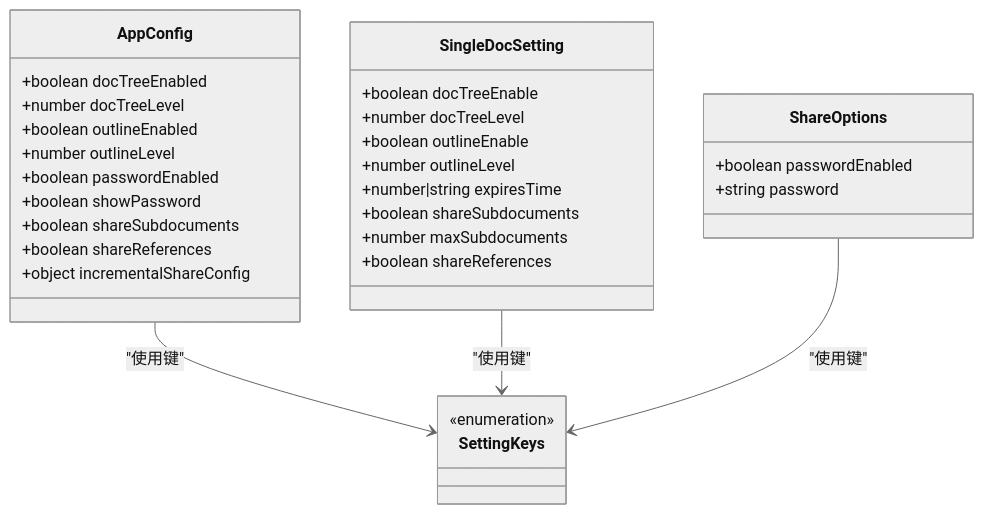
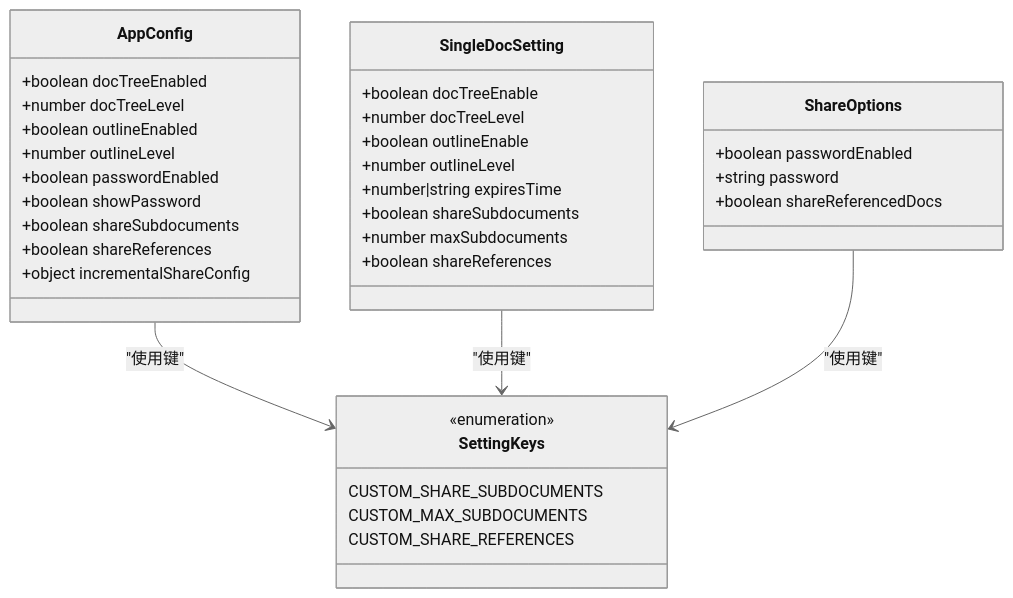
Before and after one commit to terwerinc/siyuan-plugin-share-pro: the seventh of 8 diagrams in .qoder/repowiki/zh/content/开放规范/开放规范.md, drawn with Mermaid (neutral theme). The commit also changed other lines of this file and 6 other files, not shown here.

````diff
--- a/.qoder/repowiki/zh/content/开放规范/开放规范.md
+++ b/.qoder/repowiki/zh/content/开放规范/开放规范.md
@@ -319,34 +347,38 @@
 ```mermaid
 classDiagram
 class AppConfig {
 +boolean docTreeEnabled
 +number docTreeLevel
 +boolean outlineEnabled
 +number outlineLevel
 +boolean passwordEnabled
 +boolean showPassword
 +boolean shareSubdocuments
 +boolean shareReferences
 +object incrementalShareConfig
 }
 class SingleDocSetting {
 +boolean docTreeEnable
 +number docTreeLevel
 +boolean outlineEnable
 +number outlineLevel
 +number|string expiresTime
 +boolean shareSubdocuments
 +number maxSubdocuments
 +boolean shareReferences
 }
 class ShareOptions {
 +boolean passwordEnabled
 +string password
++boolean shareReferencedDocs
 }
 class SettingKeys {
 <<enumeration>>
+CUSTOM_SHARE_SUBDOCUMENTS
+CUSTOM_MAX_SUBDOCUMENTS
+CUSTOM_SHARE_REFERENCES
 }
 AppConfig --> SettingKeys : "使用键"
 SingleDocSetting --> SettingKeys : "使用键"
 ShareOptions --> SettingKeys : "使用键"
 ```
````
